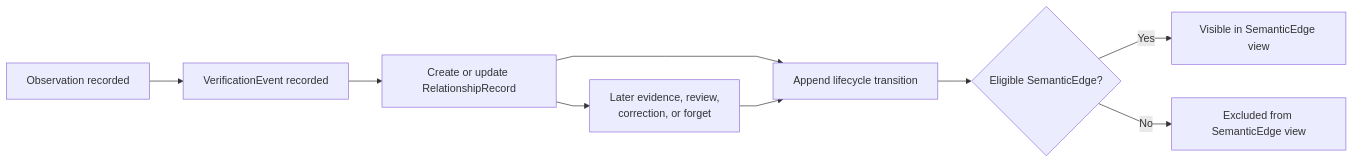
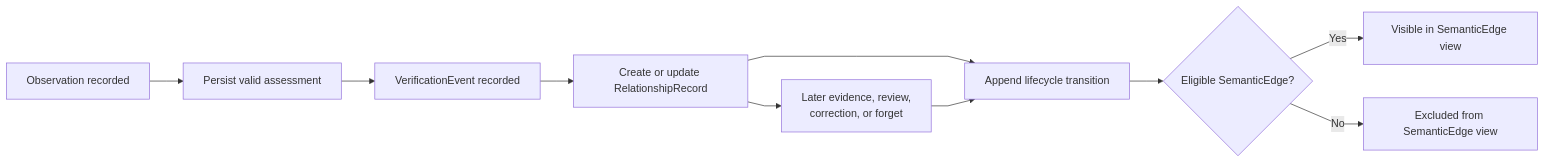
The eighth of 10 diagrams in Relationship-Model-And-Lifecycle.md (markhuangai/dense-mem), drawn with Mermaid before and after one commit. The commit also changed other lines of this file and 24 other files, not shown here.

Commit message:
Document V2.4 one-call placement architecture

````diff
--- a/Relationship-Model-And-Lifecycle.md
+++ b/Relationship-Model-And-Lifecycle.md
@@ -683,12 +722,13 @@
 ```mermaid
 %%{init: {"flowchart": {"curve": "linear"}}}%%
 flowchart LR
-  Proposed["Observation recorded"] --> Verified["VerificationEvent recorded"]
+  Proposed["Observation recorded"] --> Assessed["Persist valid assessment"]
+  Assessed --> Verified["VerificationEvent recorded"]
   Verified --> Record["Create or update RelationshipRecord"]
   Record --> Transition["Append lifecycle transition"]
   Transition --> Eligible{"Eligible SemanticEdge?"}
   Eligible -- Yes --> Visible["Visible in SemanticEdge view"]
   Eligible -- No --> Hidden["Excluded from SemanticEdge view"]
   Record --> Later["Later evidence, review,<br/>correction, or forget"]
   Later --> Transition
 ```
````
